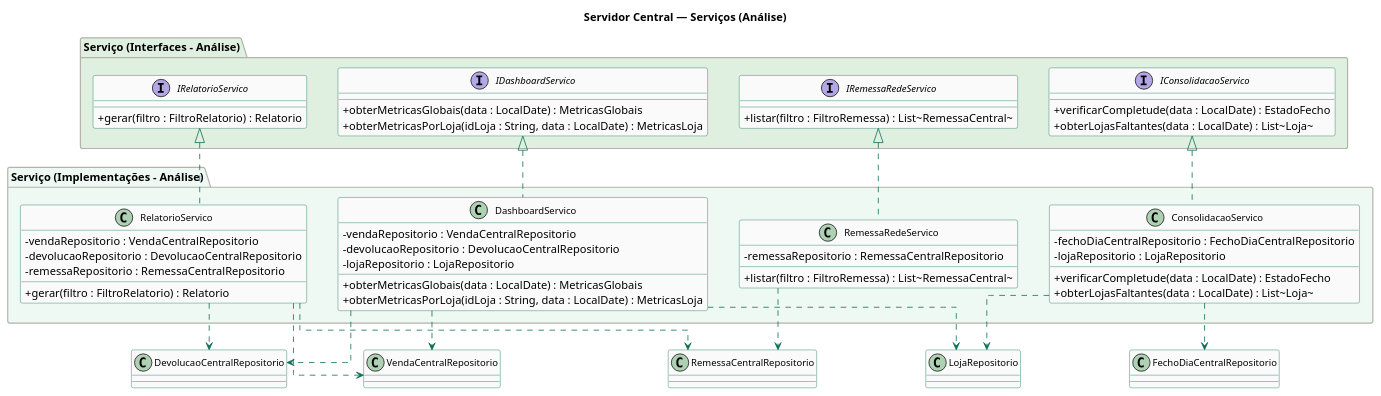
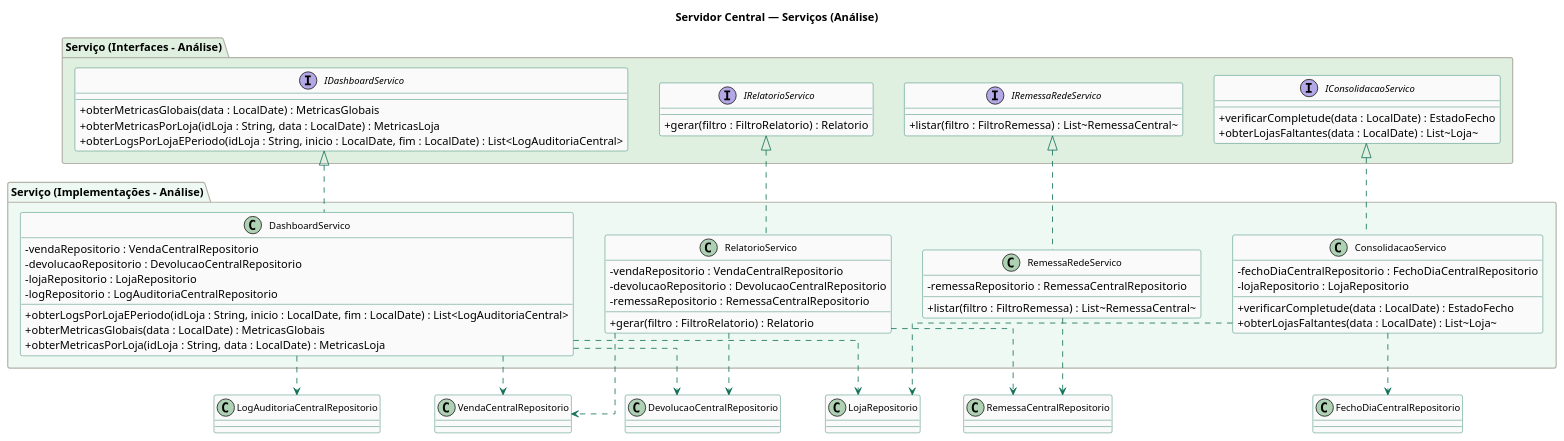
The diagram in Diagramas de Classe/software_servidor_central/servicos/src/servicos_analise.puml (SimaoOliveira05/LI4), drawn with PlantUML before and after one commit. The commit also changed 1 other file, not shown here.

Commit message:
Small correction to class diagrams

```diff
--- a/Diagramas de Classe/software_servidor_central/servicos/src/servicos_analise.puml
+++ b/Diagramas de Classe/software_servidor_central/servicos/src/servicos_analise.puml
@@ -1,88 +1,92 @@
 @startuml servidor_central_servicos_analise
 skinparam classAttributeIconSize 0
 skinparam classFontSize 12
 skinparam classHeaderBackgroundColor #E1F5EE
 skinparam classBorderColor #0F6E56
 skinparam classBackgroundColor #FAFAFA
 skinparam arrowColor #0F6E56
 skinparam stereotypeCBackgroundColor #EEEDFE
 skinparam stereotypeABackgroundColor #FAC775
 skinparam stereotypeIBackgroundColor #D1ECF1
 skinparam packageBackgroundColor #F8F8F8
 skinparam packageBorderColor #B4B2A9
 skinparam linetype ortho
 skinparam nodesep 40
 skinparam ranksep 50
 
 title Servidor Central — Serviços (Análise)
 
 package "Serviço (Interfaces - Análise)" #E0F0E0 {
 
   interface IDashboardServico {
     + obterMetricasGlobais(data : LocalDate) : MetricasGlobais
     + obterMetricasPorLoja(idLoja : String, data : LocalDate) : MetricasLoja
+    + obterLogsPorLojaEPeriodo(idLoja : String, inicio : LocalDate, fim : LocalDate) : List<LogAuditoriaCentral>
   }
 
   interface IRelatorioServico {
     + gerar(filtro : FiltroRelatorio) : Relatorio
   }
 
   interface IRemessaRedeServico {
     + listar(filtro : FiltroRemessa) : List~RemessaCentral~
   }
 
   interface IConsolidacaoServico {
     + verificarCompletude(data : LocalDate) : EstadoFecho
     + obterLojasFaltantes(data : LocalDate) : List~Loja~
   }
 }
 
 package "Serviço (Implementações - Análise)" #EEF9F4 {
 
   class DashboardServico {
     - vendaRepositorio : VendaCentralRepositorio
     - devolucaoRepositorio : DevolucaoCentralRepositorio
     - lojaRepositorio : LojaRepositorio
+    - logRepositorio : LogAuditoriaCentralRepositorio
+    + obterLogsPorLojaEPeriodo(idLoja : String, inicio : LocalDate, fim : LocalDate) : List<LogAuditoriaCentral>
     + obterMetricasGlobais(data : LocalDate) : MetricasGlobais
     + obterMetricasPorLoja(idLoja : String, data : LocalDate) : MetricasLoja
   }
 
   class RelatorioServico {
     - vendaRepositorio : VendaCentralRepositorio
     - devolucaoRepositorio : DevolucaoCentralRepositorio
     - remessaRepositorio : RemessaCentralRepositorio
     + gerar(filtro : FiltroRelatorio) : Relatorio
   }
 
   class RemessaRedeServico {
     - remessaRepositorio : RemessaCentralRepositorio
     + listar(filtro : FiltroRemessa) : List~RemessaCentral~
   }
 
   class ConsolidacaoServico {
     - fechoDiaCentralRepositorio : FechoDiaCentralRepositorio
     - lojaRepositorio : LojaRepositorio
     + verificarCompletude(data : LocalDate) : EstadoFecho
     + obterLojasFaltantes(data : LocalDate) : List~Loja~
   }
 }
 
 ' Implementações realizam interfaces
 DashboardServico .up.|> IDashboardServico
 RelatorioServico .up.|> IRelatorioServico
 RemessaRedeServico .up.|> IRemessaRedeServico
 ConsolidacaoServico .up.|> IConsolidacaoServico
 
 ' Serviços → Repositórios
 DashboardServico ..> VendaCentralRepositorio
 DashboardServico ..> DevolucaoCentralRepositorio
 DashboardServico ..> LojaRepositorio
+DashboardServico ..> LogAuditoriaCentralRepositorio
 RelatorioServico ..> VendaCentralRepositorio
 RelatorioServico ..> DevolucaoCentralRepositorio
 RelatorioServico ..> RemessaCentralRepositorio
 RemessaRedeServico ..> RemessaCentralRepositorio
 ConsolidacaoServico ..> FechoDiaCentralRepositorio
 ConsolidacaoServico ..> LojaRepositorio
 
 
 @enduml
```
